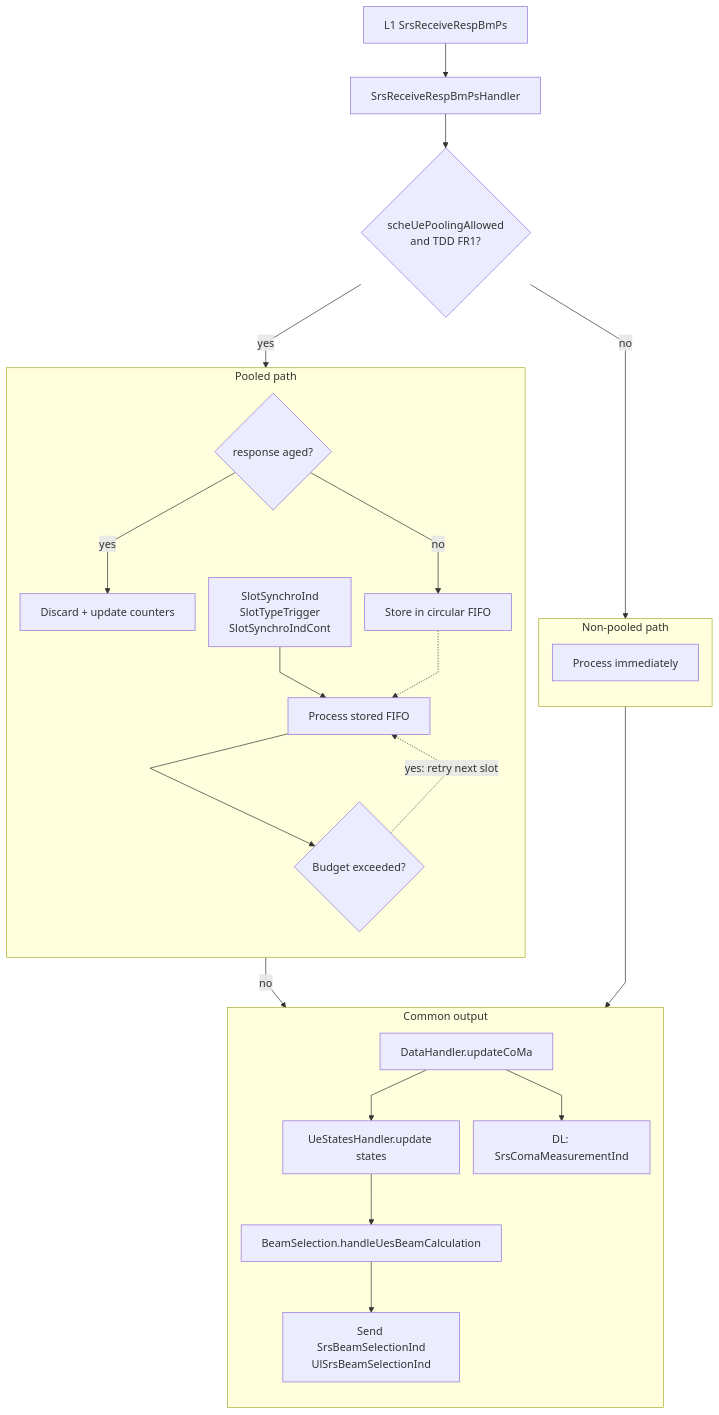
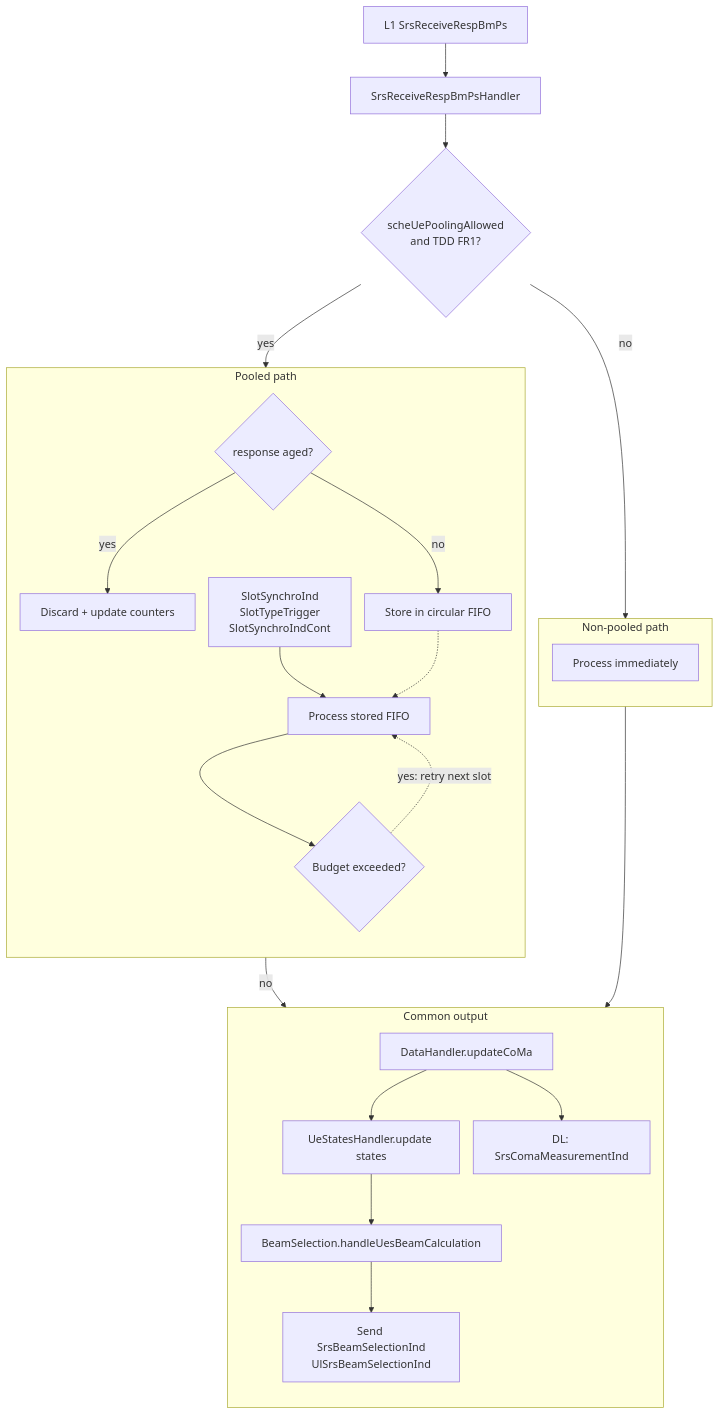
Before and after one commit to wanghaven/note: diagram 11 of 17 in work/nokia/development/code/l2ps/l2ps_srsbm.md, drawn with Mermaid. The commit also changed other lines of this file and 8 other files, not shown here.

````diff
--- a/work/nokia/development/code/l2ps/l2ps_srsbm.md
+++ b/work/nokia/development/code/l2ps/l2ps_srsbm.md
@@ -561,45 +573,45 @@
 ```mermaid
-%%{init: {"flowchart": {"curve": "linear", "nodeSpacing": 20, "rankSpacing": 50}}}%%
+%%{init: {"flowchart": {"curve": "basis", "nodeSpacing": 20, "rankSpacing": 50}}}%%
 flowchart TB
     Resp[L1 SrsReceiveRespBmPs]
     Handler[SrsReceiveRespBmPsHandler]
     Pooling{scheUePoolingAllowed<br/>and TDD FR1?}
 
     subgraph directPath["Non-pooled path"]
         direction TB
         Immediate[Process immediately]
     end
 
     subgraph pooledPath["Pooled path"]
         direction TB
         Aged{response aged?}
         Drop[Discard + update counters]
         Store[Store in circular FIFO]
         Slot[SlotSynchroInd<br/>SlotTypeTrigger<br/>SlotSynchroIndCont]
         ProcessList[Process stored FIFO]
         Budget{Budget exceeded?}
     end
 
     subgraph result["Common output"]
         direction TB
         UpdateCoMa[DataHandler.updateCoMa]
         UeState[UeStatesHandler.update states]
         Selection[BeamSelection.handleUesBeamCalculation]
         Output[Send SrsBeamSelectionInd<br/>UlSrsBeamSelectionInd]
         Power[DL: SrsComaMeasurementInd]
     end
 
     Resp --> Handler --> Pooling
     Pooling -- no --> Immediate
     Immediate --> UpdateCoMa
     Pooling -- yes --> Aged
     Aged -- yes --> Drop
     Aged -- no --> Store
     Slot --> ProcessList
     Store -.-> ProcessList
     ProcessList --> Budget
     Budget -.->|yes: retry next slot| ProcessList
     Budget -- no --> UpdateCoMa
     UpdateCoMa --> UeState --> Selection --> Output
     UpdateCoMa --> Power
 ```
````
